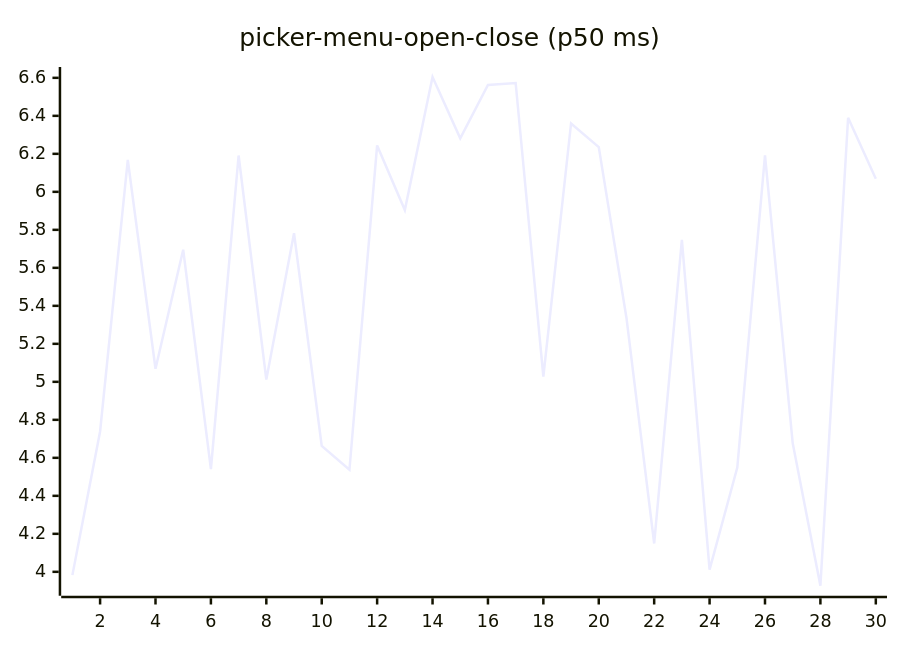
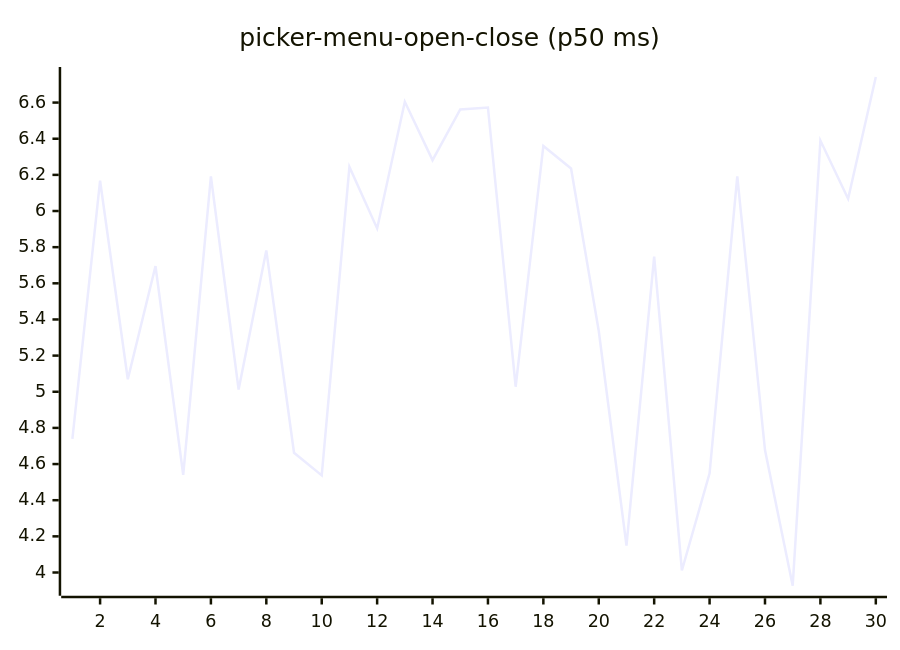
Before and after one commit to josha/Facet: diagram 16 of 27 in README.md, drawn with Mermaid. The commit also changed other lines of this file and 2 other files, not shown here.

````diff
--- a/README.md
+++ b/README.md
@@ -168,6 +168,6 @@
 ```mermaid
 xychart-beta
     title "picker-menu-open-close (p50 ms)"
     x-axis 1 --> 30
-    line [3.9826, 4.7388, 6.1676, 5.0690, 5.6954, 4.5402, 6.1912, 5.0120, 5.7822, 4.6627, 4.5372, 6.2442, 5.9038, 6.6044, 6.2815, 6.5623, 6.5728, 5.0278, 6.3599, 6.2355, 5.3362, 4.1492, 5.7473, 4.0112, 4.5489, 6.1919, 4.6774, 3.9267, 6.3897, 6.0683]
+    line [4.7388, 6.1676, 5.0690, 5.6954, 4.5402, 6.1912, 5.0120, 5.7822, 4.6627, 4.5372, 6.2442, 5.9038, 6.6044, 6.2815, 6.5623, 6.5728, 5.0278, 6.3599, 6.2355, 5.3362, 4.1492, 5.7473, 4.0112, 4.5489, 6.1919, 4.6774, 3.9267, 6.3897, 6.0683, 6.7415]
 ```
````
